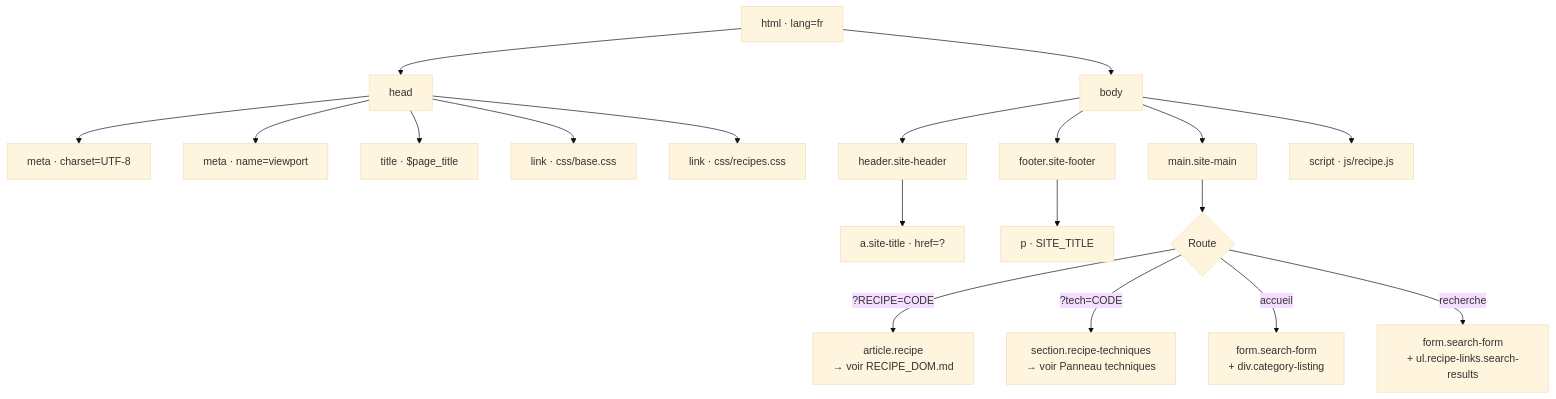
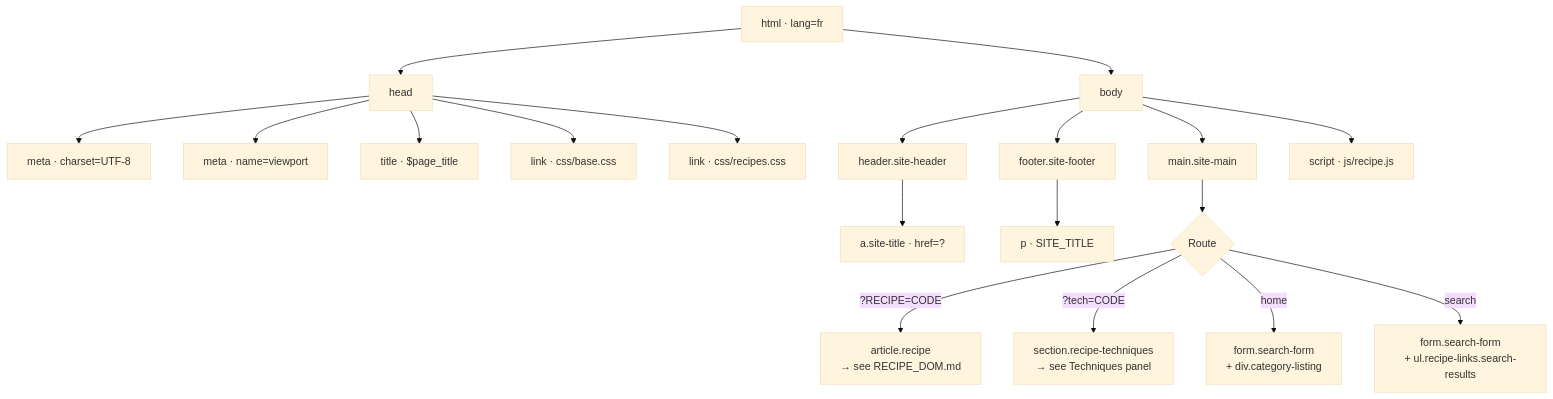
The first of 5 diagrams in MAIN_DOM.md (ppoilbarbe/PBRecipe), drawn with Mermaid (base theme) before and after one commit. The commit also changed other lines of this file and 8 other files, not shown here.

````diff
--- a/MAIN_DOM.md
+++ b/MAIN_DOM.md
@@ -13,31 +13,31 @@
 ```mermaid
 graph TD
     classDef opt stroke-dasharray:5 5
 
     html["html · lang=fr"]
     head["head"]
     body["body"]
 
     html --> head
     html --> body
 
     head --> charset["meta · charset=UTF-8"]
     head --> vp["meta · name=viewport"]
     head --> title["title · $page_title"]
     head --> css1["link · css/base.css"]
     head --> css2["link · css/recipes.css"]
 
     body --> header["header.site-header"]
     body --> main["main.site-main"]
     body --> footer["footer.site-footer"]
     body --> js["script · js/recipe.js"]
 
     header --> sitelink["a.site-title · href=?"]
     footer  --> sitename["p · SITE_TITLE"]
 
     main --> route{"Route"}
-    route -- "?RECIPE=CODE" --> recipe["article.recipe\n→ voir RECIPE_DOM.md"]
-    route -- "?tech=CODE"   --> techpanel["section.recipe-techniques\n→ voir Panneau techniques"]
-    route -- "accueil"      --> home["form.search-form\n+ div.category-listing"]
-    route -- "recherche"    --> search["form.search-form\n+ ul.recipe-links.search-results"]
+    route -- "?RECIPE=CODE" --> recipe["article.recipe\n→ see RECIPE_DOM.md"]
+    route -- "?tech=CODE"   --> techpanel["section.recipe-techniques\n→ see Techniques panel"]
+    route -- "home"         --> home["form.search-form\n+ div.category-listing"]
+    route -- "search"       --> search["form.search-form\n+ ul.recipe-links.search-results"]
 ```
````
